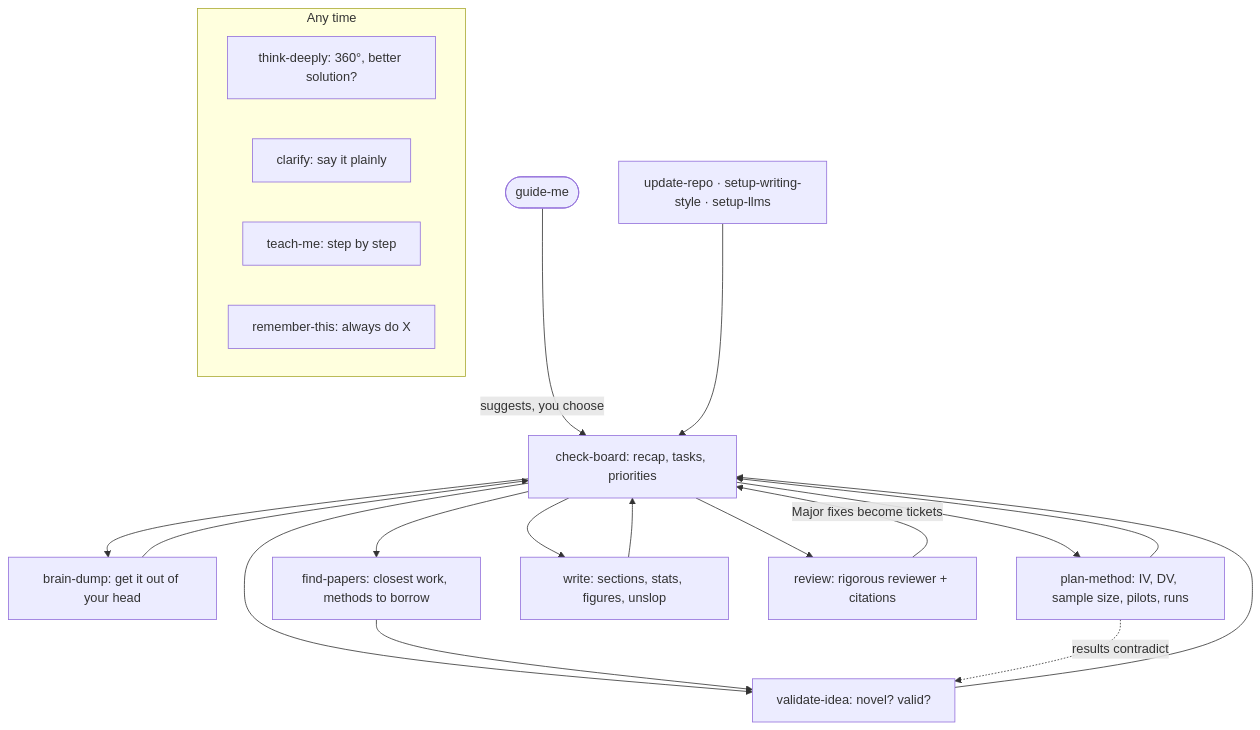
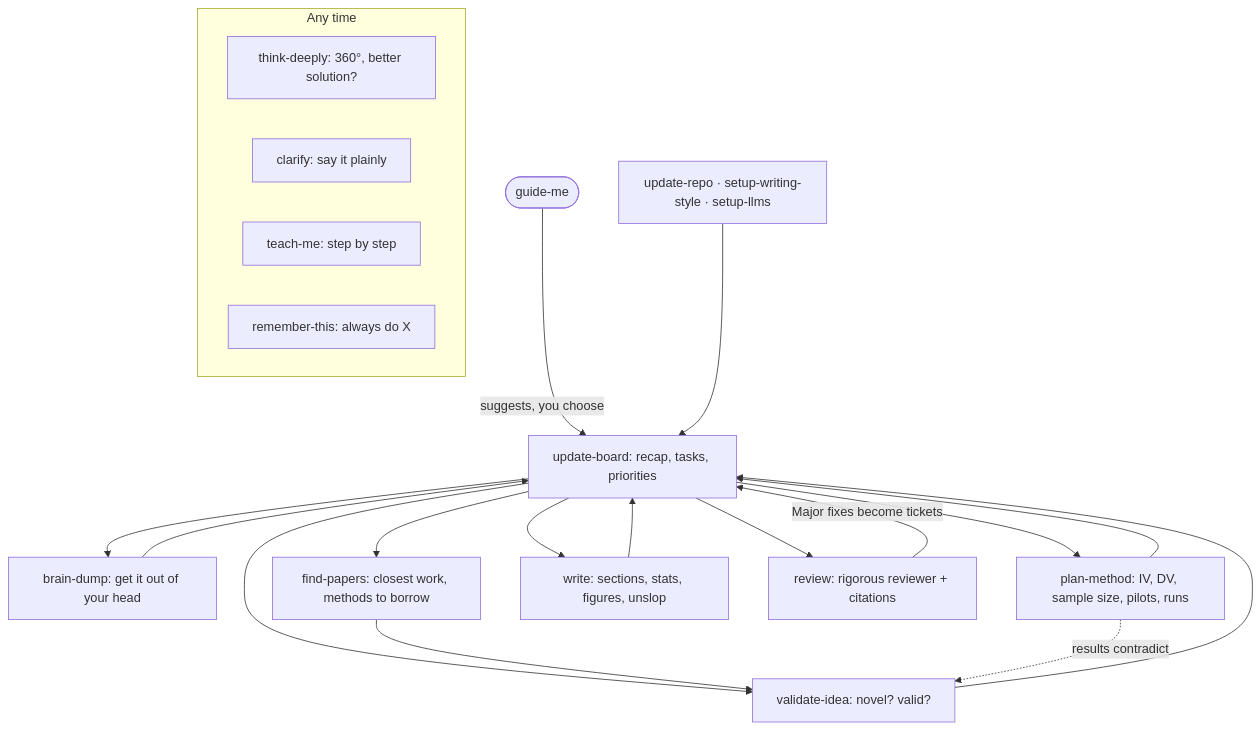
One commit to chaklam-silpasuwanchai/research_skill changed the diagram in docs/how-it-works.md. Above: the diagram before and after it, drawn with Mermaid. The commit also changed 18 other files, not shown here.

First line of the commit message:
Rename check-board to update-board (0.4.0)

````diff
--- a/docs/how-it-works.md
+++ b/docs/how-it-works.md
@@ -7,24 +7,24 @@
 ```mermaid
 flowchart TD
-  G([guide-me]) -->|suggests, you choose| B[check-board: recap, tasks, priorities]
+  G([guide-me]) -->|suggests, you choose| B[update-board: recap, tasks, priorities]
   S[update-repo · setup-writing-style · setup-llms] --> B
   B --> D[brain-dump: get it out of your head]
   B --> V[validate-idea: novel? valid?]
   B --> F[find-papers: closest work, methods to borrow]
   B --> M[plan-method: IV, DV, sample size, pilots, runs]
   B --> W[write: sections, stats, figures, unslop]
   B --> R[review: rigorous reviewer + citations]
   D --> B
   V --> B
   F --> V
   M --> B
   W --> B
   R -->|Major fixes become tickets| B
   M -. results contradict .-> V
   subgraph anytime[Any time]
     T[think-deeply: 360°, better solution?]
     C[clarify: say it plainly]
     E[teach-me: step by step]
     X[remember-this: always do X]
   end
 ```
````
